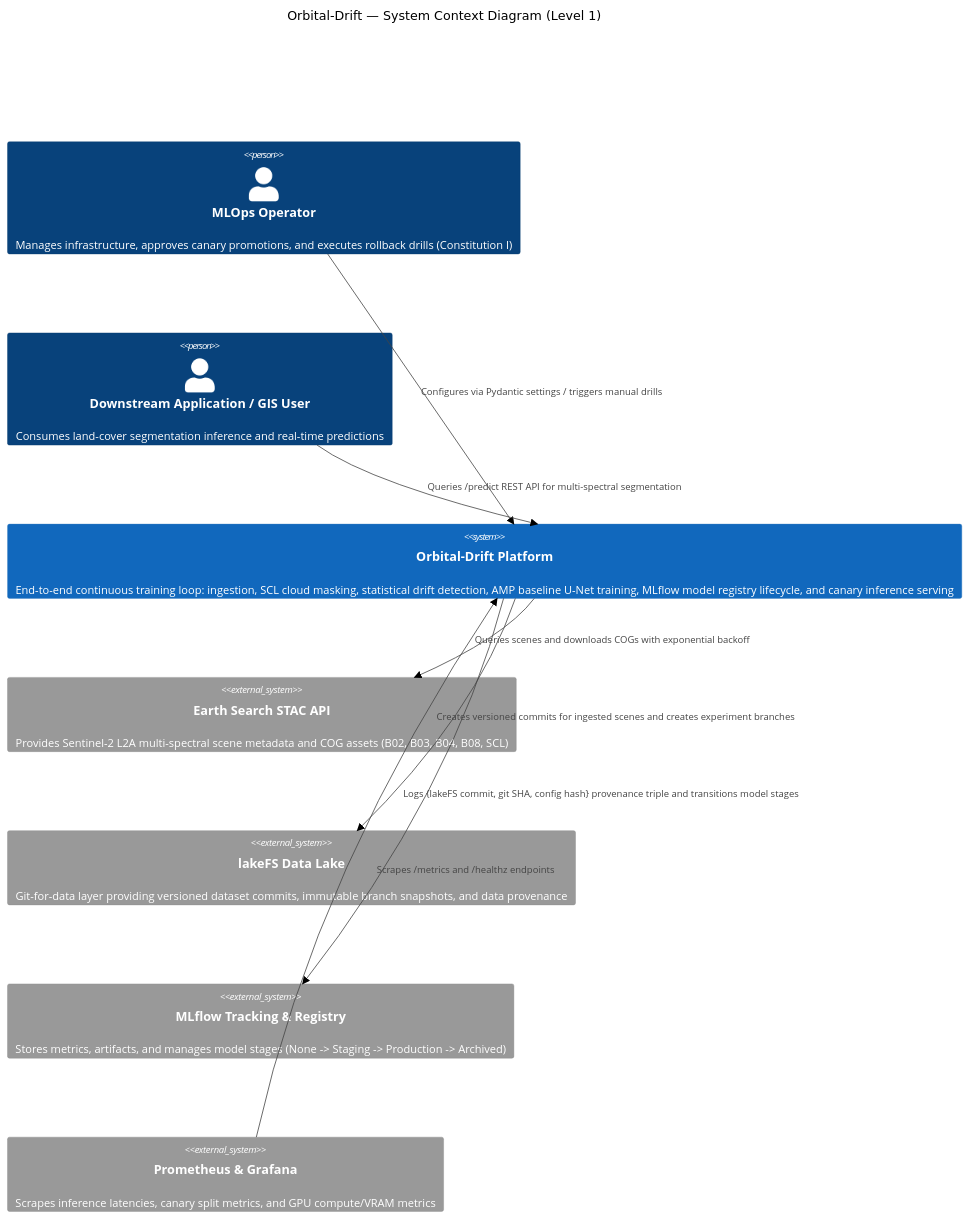
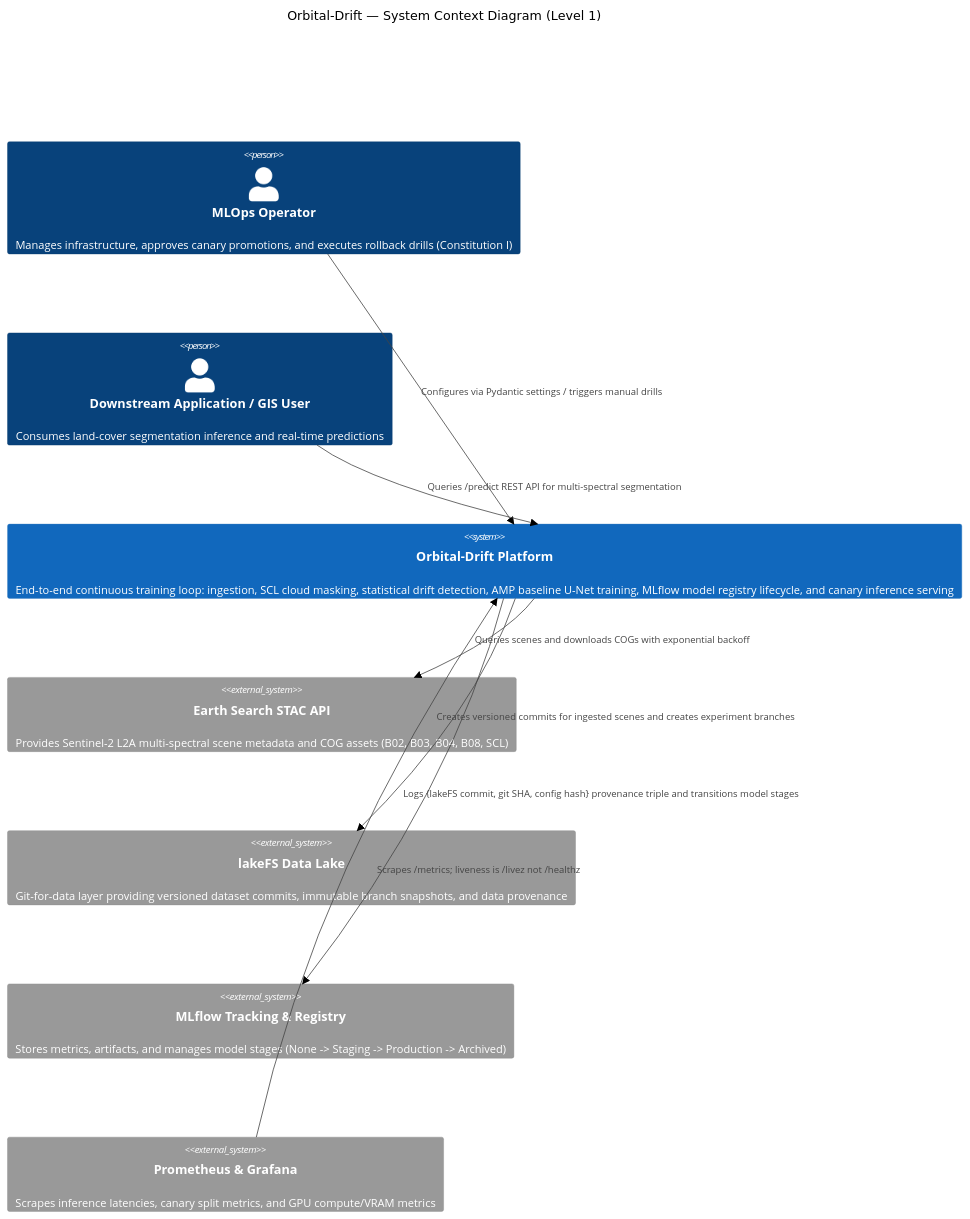
The first of 4 diagrams in docs/architecture/ARCHITECTURE.md (ianshank/Orbital-Drift), drawn with Mermaid (forest theme) before and after one commit. The commit also changed other lines of this file and 20 other files, not shown here.

````diff
--- a/docs/architecture/ARCHITECTURE.md
+++ b/docs/architecture/ARCHITECTURE.md
@@ -84,21 +89,21 @@
 ```mermaid
 C4Context
     title Orbital-Drift — System Context Diagram (Level 1)
 
     Person(operator, "MLOps Operator", "Manages infrastructure, approves canary promotions, and executes rollback drills (Constitution I)")
     Person(consumer, "Downstream Application / GIS User", "Consumes land-cover segmentation inference and real-time predictions")
 
     System(orbital_drift, "Orbital-Drift Platform", "End-to-end continuous training loop: ingestion, SCL cloud masking, statistical drift detection, AMP baseline U-Net training, MLflow model registry lifecycle, and canary inference serving")
 
     System_Ext(stac_api, "Earth Search STAC API", "Provides Sentinel-2 L2A multi-spectral scene metadata and COG assets (B02, B03, B04, B08, SCL)")
     System_Ext(lakefs, "lakeFS Data Lake", "Git-for-data layer providing versioned dataset commits, immutable branch snapshots, and data provenance")
     System_Ext(mlflow, "MLflow Tracking & Registry", "Stores metrics, artifacts, and manages model stages (None -> Staging -> Production -> Archived)")
     System_Ext(monitoring, "Prometheus & Grafana", "Scrapes inference latencies, canary split metrics, and GPU compute/VRAM metrics")
 
     Rel(operator, orbital_drift, "Configures via Pydantic settings / triggers manual drills")
     Rel(consumer, orbital_drift, "Queries /predict REST API for multi-spectral segmentation")
     Rel(orbital_drift, stac_api, "Queries scenes and downloads COGs with exponential backoff")
     Rel(orbital_drift, lakefs, "Creates versioned commits for ingested scenes and creates experiment branches")
     Rel(orbital_drift, mlflow, "Logs {lakeFS commit, git SHA, config hash} provenance triple and transitions model stages")
-    Rel(monitoring, orbital_drift, "Scrapes /metrics and /healthz endpoints")
+    Rel(monitoring, orbital_drift, "Scrapes /metrics; liveness is /livez not /healthz")
 ```
````
